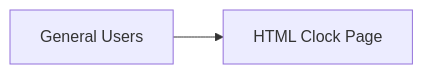
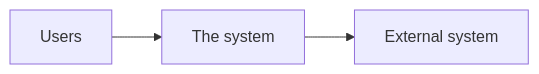
The diagram in docs/sdlc/scope.md (MuzilHassan/alara-code-test-project-), drawn with Mermaid before and after one commit. The commit also changed other lines of this file and 3 other files, not shown here.

````diff
--- a/docs/sdlc/scope.md
+++ b/docs/sdlc/scope.md
@@ -63,4 +51,5 @@
 ```mermaid
 flowchart LR
-  User[General Users] --> System[HTML Clock Page]
+  Users[Users] --> System[The system]
+  System --> Ext[External system]
 ```
````
